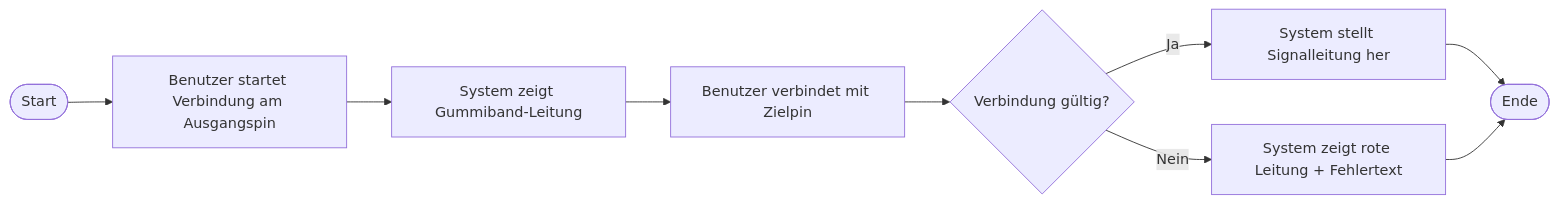
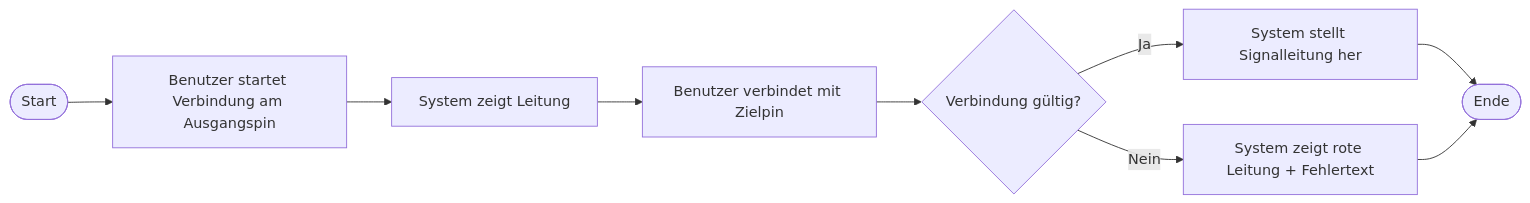
One commit to SimonJ2222/BitFlow changed diagram 23 of 41 in docs/use_cases/software_requirements_specification.md. Above: the diagram before and after it, drawn with Mermaid. The commit also changed other lines of this file, not shown here.

````diff
--- a/docs/use_cases/software_requirements_specification.md
+++ b/docs/use_cases/software_requirements_specification.md
@@ -769,11 +769,11 @@
 ```mermaid
 flowchart LR
 	K1([Start]) --> K2["Benutzer startet Verbindung am Ausgangspin"]
-	K2 --> K3["System zeigt Gummiband-Leitung"]
+	K2 --> K3["System zeigt Leitung"]
 	K3 --> K4["Benutzer verbindet mit Zielpin"]
 	K4 --> K5{"Verbindung gültig?"}
 	K5 -->|Ja| K6["System stellt Signalleitung her"]
 	K5 -->|Nein| K7["System zeigt rote Leitung + Fehlertext"]
 	K6 --> K8([Ende])
 	K7 --> K8
 ```
````
